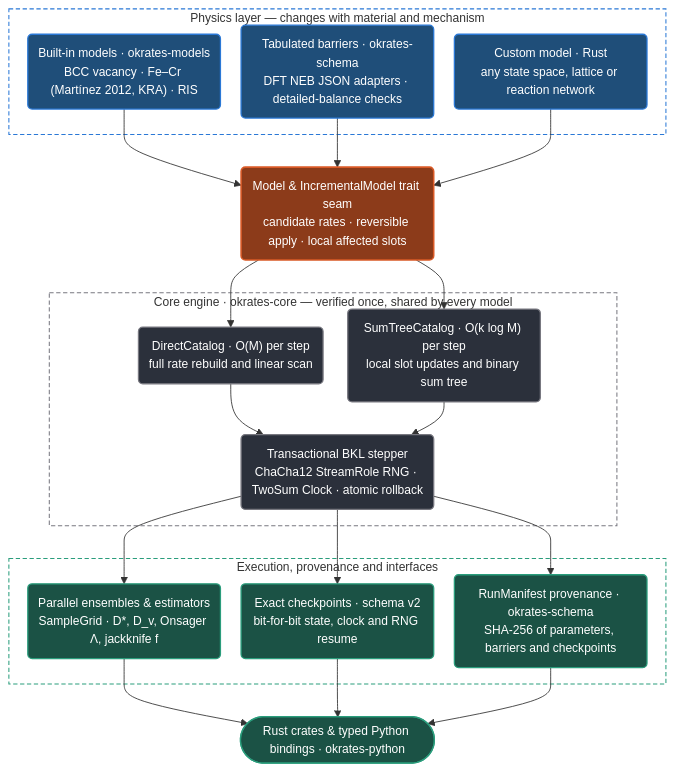
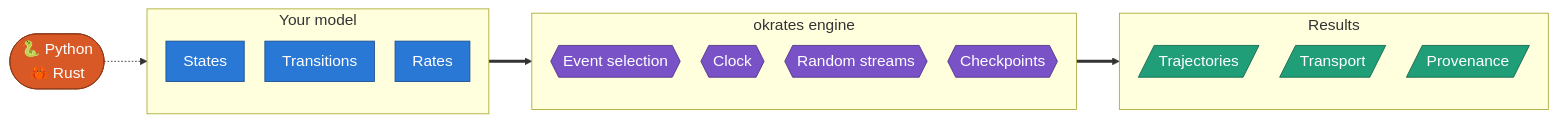
One commit to vzordillo/okrates changed the first of 2 diagrams in README.md. Above: the diagram before and after it, drawn with Mermaid. The commit also changed other lines of this file, not shown here.

Commit message:
README: restore the approved Mermaid diagrams, with shorter labels in the architecture

````diff
--- a/README.md
+++ b/README.md
@@ -39,45 +39,33 @@
 ```mermaid
-%%{init: {"flowchart": {"nodeSpacing": 24, "rankSpacing": 38, "padding": 12, "curve": "basis"}, "themeVariables": {"fontSize": "14px"}}}%%
-flowchart TB
-    subgraph phys["Physics layer — changes with material and mechanism"]
-        builtin("Built-in models · okrates-models<br/>BCC vacancy · Fe–Cr (Martínez 2012, KRA) · RIS")
-        tables("Tabulated barriers · okrates-schema<br/>DFT NEB JSON adapters · detailed-balance checks")
-        custom("Custom model · Rust<br/>any state space, lattice or reaction network")
+%%{init: {"themeVariables": {"fontSize": "18px"}, "flowchart": {"nodeSpacing": 24, "rankSpacing": 50, "padding": 10}}}%%
+flowchart LR
+    lang(["🐍 Python<br>🦀 Rust"])
+    subgraph model["Your model"]
+        direction TB
+        states["States"]
+        moves["Transitions"]
+        rates["Rates"]
     end
-
-    seam("Model & IncrementalModel trait seam<br/>candidate rates · reversible apply · local affected slots")
-
-    subgraph core["Core engine · okrates-core — verified once, shared by every model"]
-        direct("DirectCatalog · O(M) per step<br/>full rate rebuild and linear scan")
-        sumtree("SumTreeCatalog · O(k log M) per step<br/>local slot updates and binary sum tree")
-        engine("Transactional BKL stepper<br/>ChaCha12 StreamRole RNG · TwoSum Clock · atomic rollback")
+    subgraph engine["okrates engine"]
+        direction TB
+        pick{{"Event selection"}}
+        clock{{"Clock"}}
+        rng{{"Random streams"}}
+        ckpt{{"Checkpoints"}}
     end
-
-    subgraph out["Execution, provenance and interfaces"]
-        ens("Parallel ensembles & estimators<br/>SampleGrid · D*, D_v, Onsager Λ, jackknife f")
-        ckpt("Exact checkpoints · schema v2<br/>bit-for-bit state, clock and RNG resume")
-        prov("RunManifest provenance · okrates-schema<br/>SHA-256 of parameters, barriers and checkpoints")
+    subgraph out["Results"]
+        direction TB
+        traj[/"Trajectories"/]
+        transport[/"Transport"/]
+        prov[/"Provenance"/]
     end
-
-    api(["Rust crates & typed Python bindings · okrates-python"])
-
-    builtin & tables & custom --> seam
-    seam --> direct & sumtree
-    direct & sumtree --> engine
-    engine --> ens & ckpt & prov
-    ens & ckpt & prov --> api
-
-    classDef physNode fill:#1f4e79,stroke:#2a78d6,stroke-width:1.5px,color:#ffffff
-    classDef seamNode fill:#8c3b1a,stroke:#d95926,stroke-width:1.8px,color:#ffffff
-    classDef coreNode fill:#2b303b,stroke:#787880,stroke-width:1.5px,color:#ffffff
-    classDef outNode fill:#1b5245,stroke:#2a9d7c,stroke-width:1.5px,color:#ffffff
-
-    class builtin,tables,custom physNode
-    class seam seamNode
-    class direct,sumtree,engine coreNode
-    class ens,ckpt,prov,api outNode
-
-    style phys fill:none,stroke:#2a78d6,stroke-width:1.2px,stroke-dasharray: 5 3
-    style core fill:none,stroke:#787880,stroke-width:1.2px,stroke-dasharray: 5 3
-    style out fill:none,stroke:#2a9d7c,stroke-width:1.2px,stroke-dasharray: 5 3
+    lang -.-> model ==> engine ==> out
+    classDef lang fill:#d95926,stroke:#8f3a18,color:#ffffff
+    classDef model fill:#2a78d6,stroke:#1b4f8f,color:#ffffff
+    classDef engine fill:#7a52c7,stroke:#4d3285,color:#ffffff
+    classDef result fill:#1f9e78,stroke:#13664d,color:#ffffff
+    class lang lang
+    class states,moves,rates model
+    class pick,clock,rng,ckpt engine
+    class traj,transport,prov result
 ```
````
